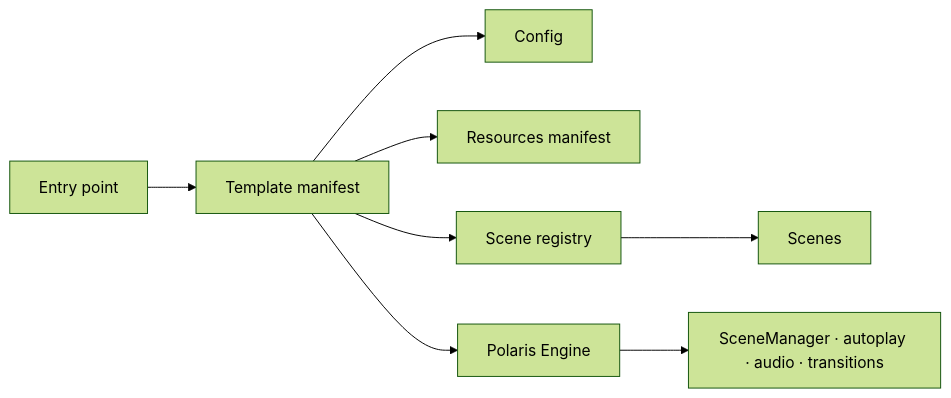
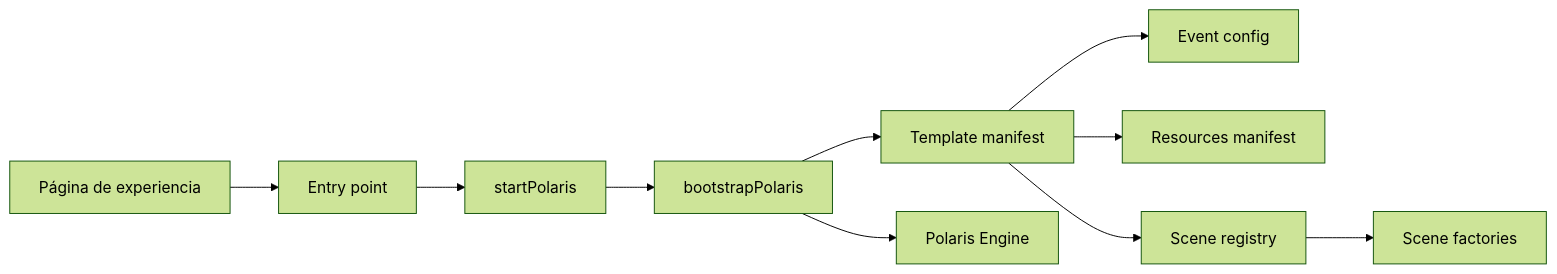
Before and after one commit to kimah-digital-experiences/k-invitations: the diagram in docs/CREATE_TEMPLATE.md, drawn with Mermaid (forest theme). The commit also changed other lines of this file and 33 other files, not shown here.

````diff
--- a/docs/CREATE_TEMPLATE.md
+++ b/docs/CREATE_TEMPLATE.md
@@ -15,10 +11,12 @@
 ```mermaid
 flowchart LR
-  Entry["Entry point"] --> Manifest["Template manifest"]
-  Manifest --> Config["Config"]
+  Page["Página de experiencia"] --> Entry["Entry point"]
+  Entry --> Startup["startPolaris"]
+  Startup --> Bootstrap["bootstrapPolaris"]
+  Bootstrap --> Manifest["Template manifest"]
+  Manifest --> Config["Event config"]
   Manifest --> Resources["Resources manifest"]
   Manifest --> Registry["Scene registry"]
-  Registry --> Scenes["Scenes"]
-  Manifest --> Engine["Polaris Engine"]
-  Engine --> APIs["SceneManager · autoplay · audio · transitions"]
+  Registry --> Scenes["Scene factories"]
+  Bootstrap --> Engine["Polaris Engine"]
 ```
````
